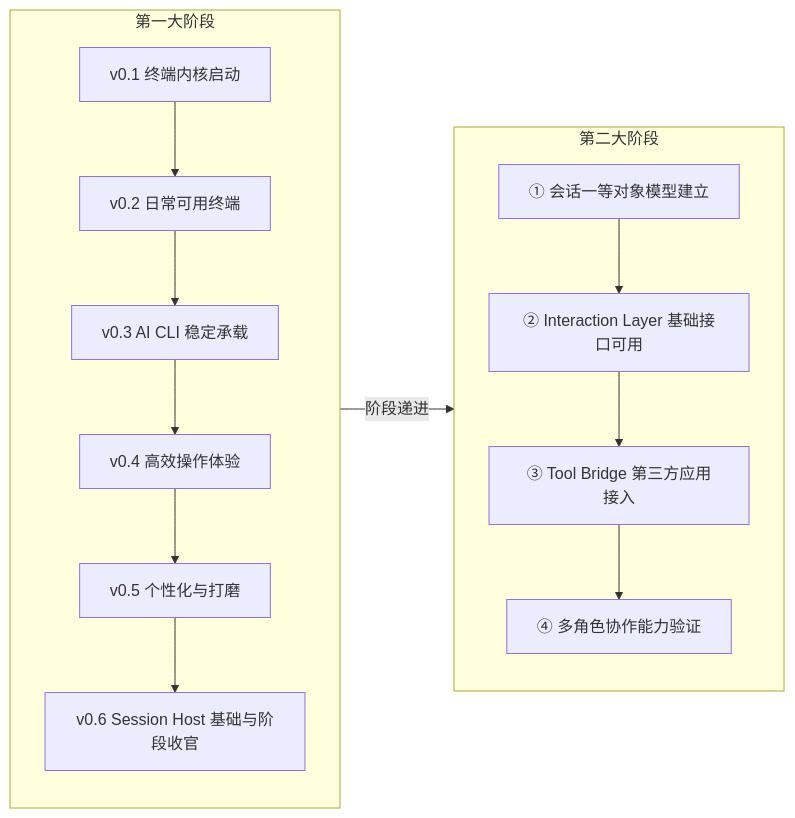
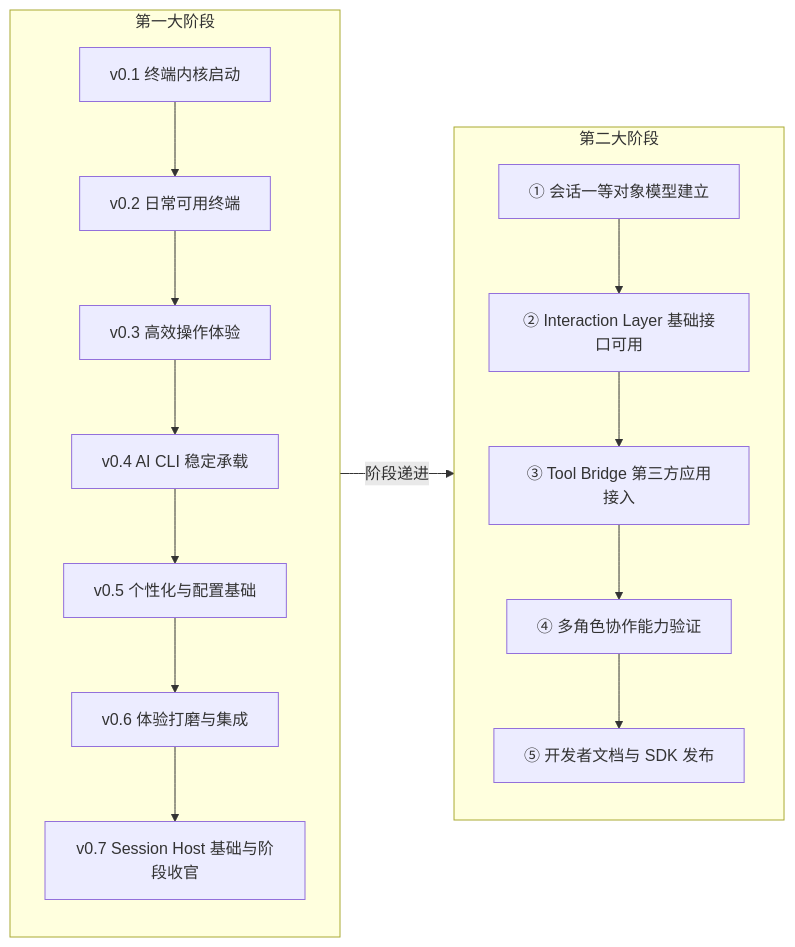
One commit to KyleYang2002/Hi-Terms changed the first of 3 diagrams in docs/reqs/hi-terms-roadmap.md. Above: the diagram before and after it, drawn with Mermaid. The commit also changed other lines of this file and 4 other files, not shown here.

First line of the commit message:
Revise Phase 1 roadmap (v0.1–v0.7) and add technical decisions document

````diff
--- a/docs/reqs/hi-terms-roadmap.md
+++ b/docs/reqs/hi-terms-roadmap.md
@@ -19,22 +20,24 @@
 ```mermaid
 graph LR
     subgraph 第一大阶段
         direction TB
         V1["v0.1 终端内核启动"]
         V2["v0.2 日常可用终端"]
-        V3["v0.3 AI CLI 稳定承载"]
-        V4["v0.4 高效操作体验"]
-        V5["v0.5 个性化与打磨"]
-        V6["v0.6 Session Host 基础与阶段收官"]
-        V1 --> V2 --> V3 --> V4 --> V5 --> V6
+        V3["v0.3 高效操作体验"]
+        V4["v0.4 AI CLI 稳定承载"]
+        V5["v0.5 个性化与配置基础"]
+        V6["v0.6 体验打磨与集成"]
+        V7["v0.7 Session Host 基础与阶段收官"]
+        V1 --> V2 --> V3 --> V4 --> V5 --> V6 --> V7
     end
     subgraph 第二大阶段
         direction TB
         M1["① 会话一等对象模型建立"]
         M2["② Interaction Layer 基础接口可用"]
         M3["③ Tool Bridge 第三方应用接入"]
         M4["④ 多角色协作能力验证"]
-        M1 --> M2 --> M3 --> M4
+        M5["⑤ 开发者文档与 SDK 发布"]
+        M1 --> M2 --> M3 --> M4 --> M5
     end
-    V6 -->|阶段递进| M1
+    V7 -->|阶段递进| M1
 ```
````
